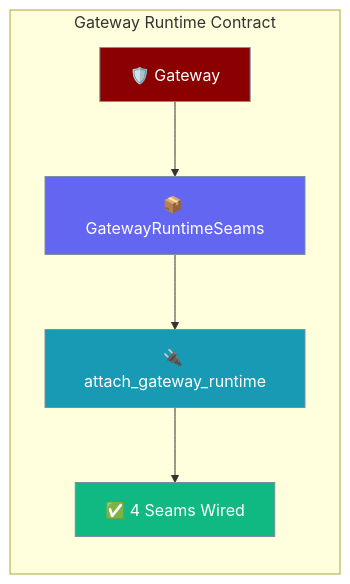
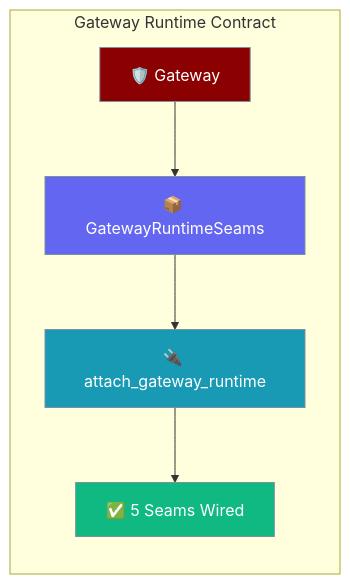
Before and after one commit to MervinPraison/PraisonAIDocs: the first of 3 diagrams in docs/features/bot-gateway-runtime-contract.mdx, drawn with Mermaid. The commit also changed other lines of this file and 2 other files, not shown here.

````diff
--- a/docs/features/bot-gateway-runtime-contract.mdx
+++ b/docs/features/bot-gateway-runtime-contract.mdx
@@ -10,18 +10,18 @@
 ```mermaid
 graph LR
     subgraph "Gateway Runtime Contract"
         G[🛡️ Gateway] --> S[📦 GatewayRuntimeSeams]
         S --> A[🔌 attach_gateway_runtime]
-        A --> W[✅ 4 Seams Wired]
+        A --> W[✅ 5 Seams Wired]
     end
 
     classDef gateway fill:#8B0000,stroke:#7C90A0,color:#fff
     classDef carrier fill:#6366F1,stroke:#7C90A0,color:#fff
     classDef adapter fill:#189AB4,stroke:#7C90A0,color:#fff
     classDef wired fill:#10B981,stroke:#7C90A0,color:#fff
 
     class G gateway
     class S carrier
     class A adapter
     class W wired
 ```
````
